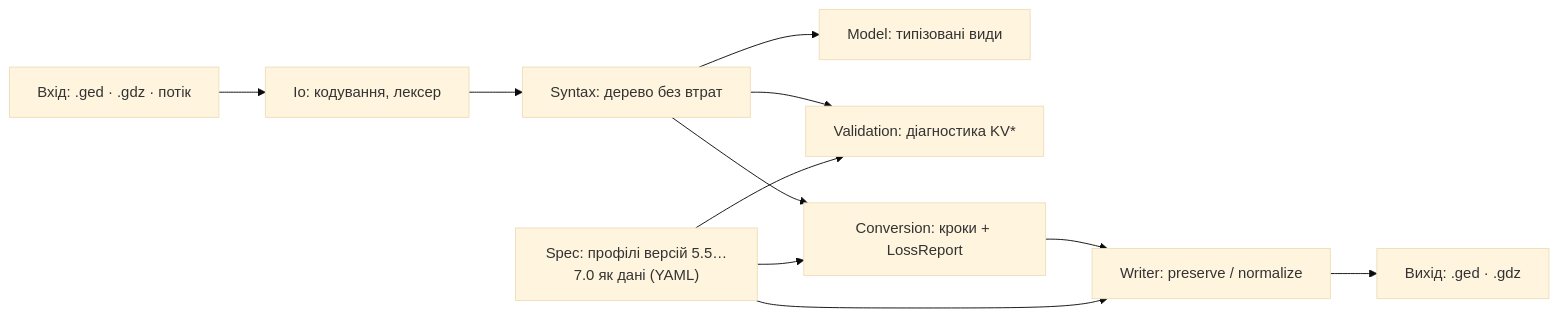
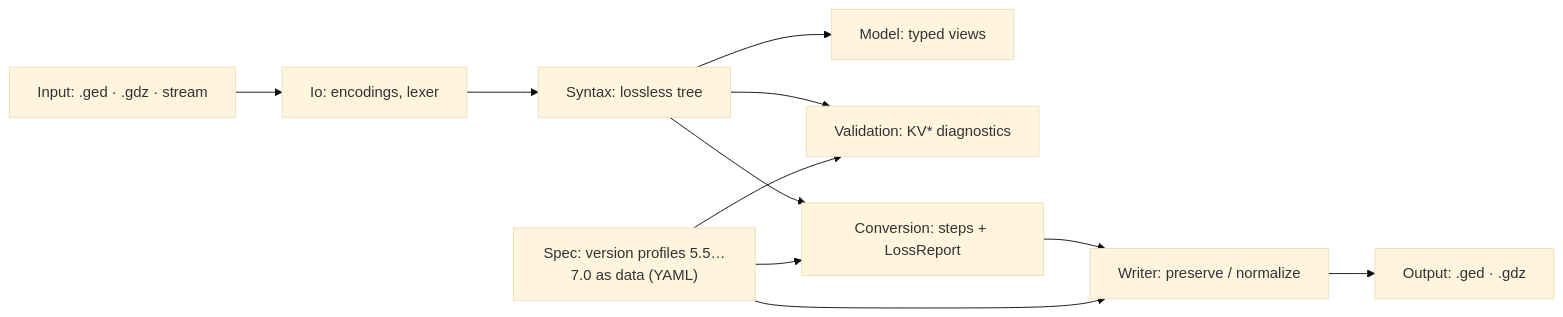
Before and after one commit to serjio-dev/korin-php: the diagram in docs/SPEC.md, drawn with Mermaid (base theme). The commit also changed other lines of this file and 3 other files, not shown here.

````diff
--- a/docs/SPEC.md
+++ b/docs/SPEC.md
@@ -114,11 +114,11 @@
 ```mermaid
 flowchart LR
-  IN["Вхід: .ged · .gdz · потік"] --> IO["Io: кодування, лексер"] --> SYN["Syntax: дерево без втрат"]
-  SYN --> MOD["Model: типізовані види"]
-  SYN --> VAL["Validation: діагностика KV*"]
-  SYN --> CONV["Conversion: кроки + LossReport"]
-  CONV --> WR["Writer: preserve / normalize"] --> OUT["Вихід: .ged · .gdz"]
-  SPEC["Spec: профілі версій 5.5…7.0 як дані (YAML)"] --> VAL
+  IN["Input: .ged · .gdz · stream"] --> IO["Io: encodings, lexer"] --> SYN["Syntax: lossless tree"]
+  SYN --> MOD["Model: typed views"]
+  SYN --> VAL["Validation: KV* diagnostics"]
+  SYN --> CONV["Conversion: steps + LossReport"]
+  CONV --> WR["Writer: preserve / normalize"] --> OUT["Output: .ged · .gdz"]
+  SPEC["Spec: version profiles 5.5…7.0 as data (YAML)"] --> VAL
   SPEC --> CONV
   SPEC --> WR
 ```
````
